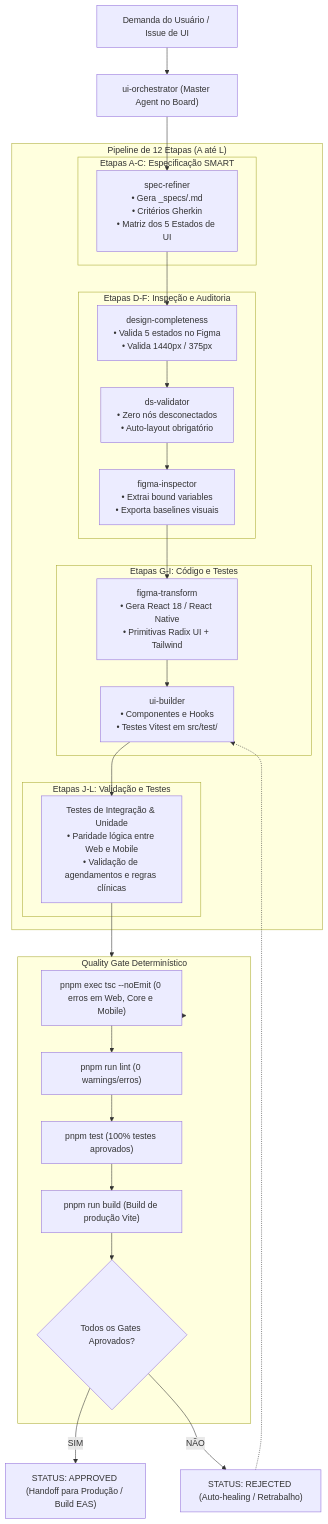
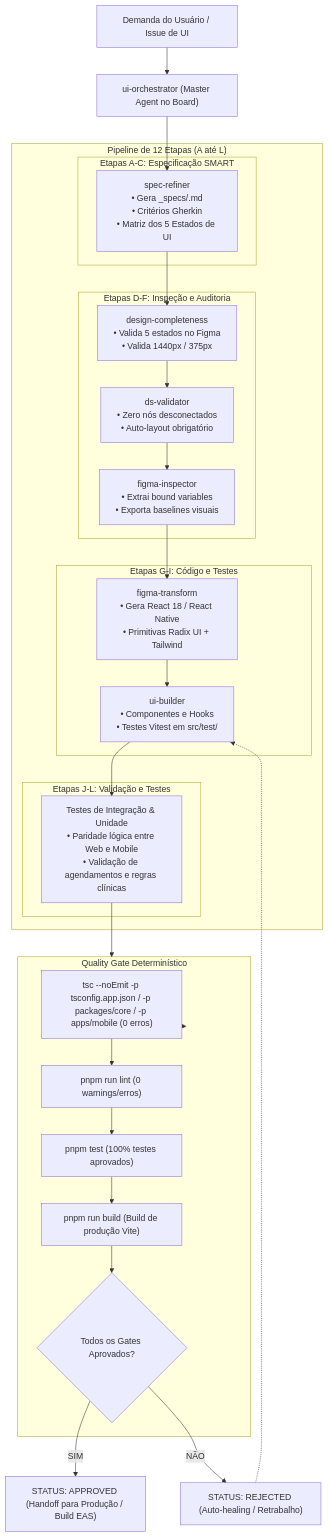
The ninth of 9 diagrams in ARCHITECTURE.md (alessandrolorenz/pill-parse-plan), drawn with Mermaid before and after one commit. The commit also changed other lines of this file and 21 other files, not shown here.

````diff
--- a/ARCHITECTURE.md
+++ b/ARCHITECTURE.md
@@ -451,48 +455,48 @@
 ```mermaid
 flowchart TD
     Demanda["Demanda do Usuário / Issue de UI"] --> Master["ui-orchestrator (Master Agent no Board)"]
 
     subgraph PipelineFidelidade["Pipeline de 12 Etapas (A até L)"]
         subgraph Especificacao["Etapas A-C: Especificação SMART"]
             SpecRefiner["spec-refiner<br/>• Gera _specs/<slug>.md<br/>• Critérios Gherkin<br/>• Matriz dos 5 Estados de UI"]
         end
 
         subgraph AuditoriaFigma["Etapas D-F: Inspeção e Auditoria"]
             DesignComp["design-completeness<br/>• Valida 5 estados no Figma<br/>• Valida 1440px / 375px"]
             DSVal["ds-validator<br/>• Zero nós desconectados<br/>• Auto-layout obrigatório"]
             FigmaInsp["figma-inspector<br/>• Extrai bound variables<br/>• Exporta baselines visuais"]
         end
 
         subgraph GeracaoECodigo["Etapas G-I: Código e Testes"]
             FigmaTrans["figma-transform<br/>• Gera React 18 / React Native<br/>• Primitivas Radix UI + Tailwind"]
             UIBuilder["ui-builder<br/>• Componentes e Hooks<br/>• Testes Vitest em src/test/"]
         end
 
         subgraph VerificacaoVisual["Etapas J-L: Validação e Testes"]
             VisualQA["Testes de Integração & Unidade<br/>• Paridade lógica entre Web e Mobile<br/>• Validação de agendamentos e regras clínicas"]
         end
     end
 
     subgraph QualityGate["Quality Gate Determinístico"]
-        TSC["pnpm exec tsc --noEmit (0 erros em Web, Core e Mobile)"]
+        TSC["tsc --noEmit -p tsconfig.app.json / -p packages/core / -p apps/mobile (0 erros)"]
         ESLint["pnpm run lint (0 warnings/erros)"]
         Vitest["pnpm test (100% testes aprovados)"]
         BuildCheck["pnpm run build (Build de produção Vite)"]
         
         GateAudit{"Todos os Gates Aprovados?"}
     end
 
     Master --> SpecRefiner
     SpecRefiner --> DesignComp
     DesignComp --> DSVal
     DSVal --> FigmaInsp
     FigmaInsp --> FigmaTrans
     FigmaTrans --> UIBuilder
     UIBuilder --> VisualQA
     VisualQA --> QualityGate
 
     QualityGate --> TSC --> ESLint --> Vitest --> BuildCheck --> GateAudit
     GateAudit -- "SIM" --> Deploy["STATUS: APPROVED (Handoff para Produção / Build EAS)"]
     GateAudit -- "NÃO" --> AutoHealing["STATUS: REJECTED (Auto-healing / Retrabalho)"]
     AutoHealing -.-> UIBuilder
 ```
````
